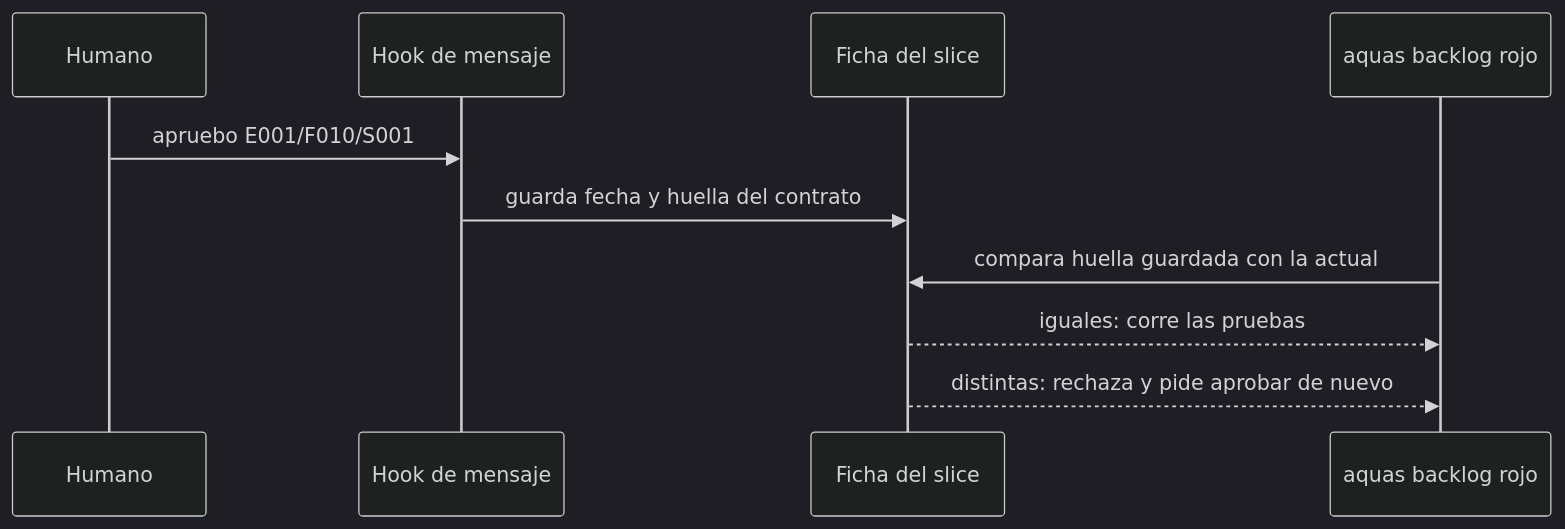
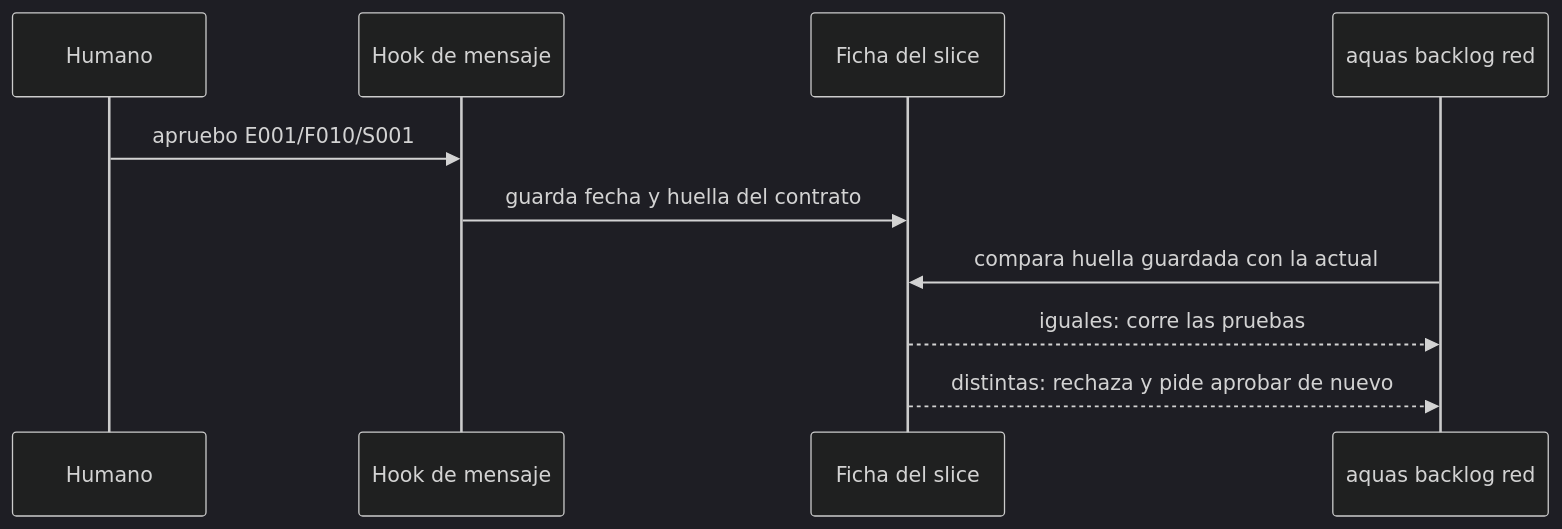
One commit to jliberal-aquas/aquas-central-harness-government changed the diagram in docs/E001/F010/S001.md. Above: the diagram before and after it, drawn with Mermaid (dark theme). The commit also changed other lines of this file and 184 other files, not shown here.

````diff
--- a/docs/E001/F010/S001.md
+++ b/docs/E001/F010/S001.md
@@ -57,12 +57,12 @@
 ```mermaid
 sequenceDiagram
     participant H as Humano
     participant K as Hook de mensaje
     participant F as Ficha del slice
-    participant R as aquas backlog rojo
+    participant R as aquas backlog red
     H->>K: apruebo E001/F010/S001
     K->>F: guarda fecha y huella del contrato
     R->>F: compara huella guardada con la actual
     F-->>R: iguales: corre las pruebas
     F-->>R: distintas: rechaza y pide aprobar de nuevo
 ```
````
